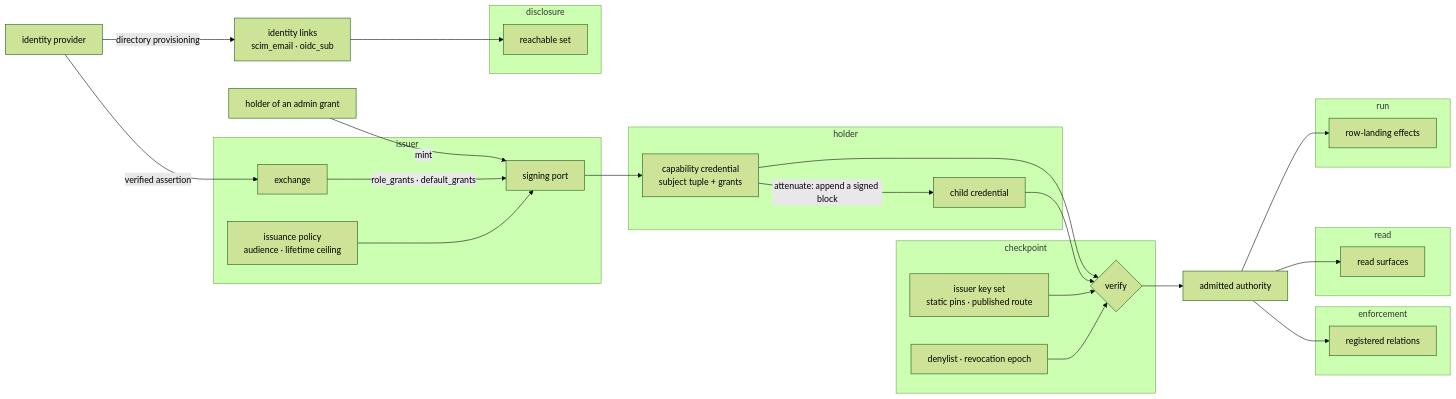
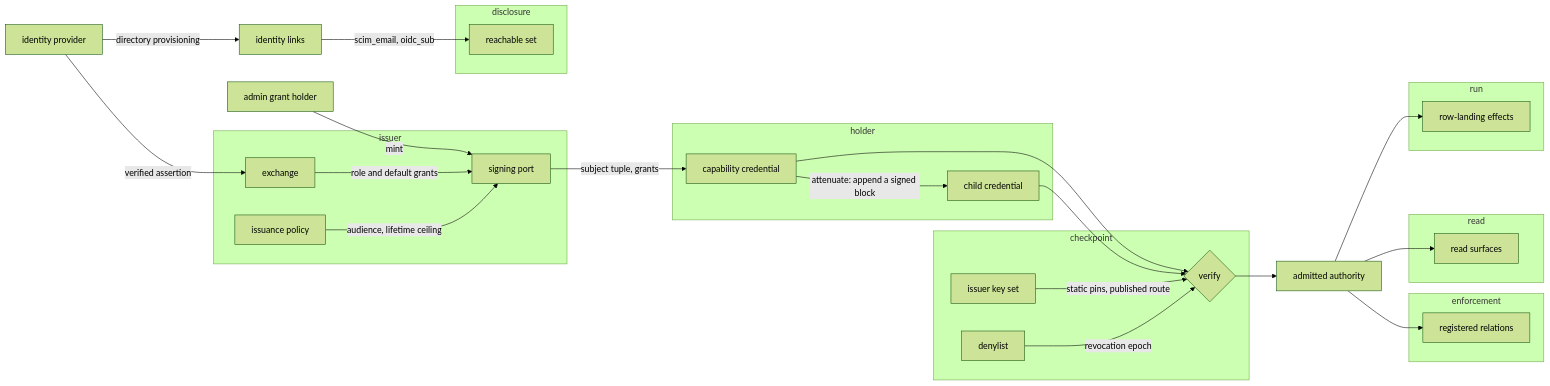
Before and after one commit to fractalboxdev/contextful: the first of 5 diagrams in spec/50-authority.md, drawn with Mermaid (forest theme). The commit also changed other lines of this file and 24 other files, not shown here.

First line of the commit message:
spec: every flowchart draws one entity or process per node

````diff
--- a/spec/50-authority.md
+++ b/spec/50-authority.md
@@ -23,49 +23,49 @@
 ```mermaid
 flowchart LR
   IDP["identity provider"]
-  ADMIN["holder of an admin grant"]
-  LINK["identity links<br/>scim_email · oidc_sub"]
+  ADMIN["admin grant holder"]
+  LINK["identity links"]
   subgraph ISS["issuer"]
     EXCH["exchange"]
-    POL["issuance policy<br/>audience · lifetime ceiling"]
+    POL["issuance policy"]
     PORT["signing port"]
   end
   subgraph HOLD["holder"]
-    CRED["capability credential<br/>subject tuple + grants"]
+    CRED["capability credential"]
     CHILD["child credential"]
   end
   subgraph CPZ["checkpoint"]
-    KEYS["issuer key set<br/>static pins · published route"]
-    REV["denylist · revocation epoch"]
+    KEYS["issuer key set"]
+    REV["denylist"]
     CP{"verify"}
   end
   AA["admitted authority"]
   subgraph ENF["enforcement"]
     RELS["registered relations"]
   end
   subgraph READ["read"]
     RS["read surfaces"]
   end
   subgraph RUN["run"]
     RLE["row-landing effects"]
   end
   subgraph DISC["disclosure"]
     REACH["reachable set"]
   end
   IDP -- "verified assertion" --> EXCH
   IDP -- "directory provisioning" --> LINK
-  LINK --> REACH
+  LINK -- "scim_email, oidc_sub" --> REACH
   ADMIN -- "mint" --> PORT
-  EXCH -- "role_grants · default_grants" --> PORT
-  POL --> PORT
-  PORT --> CRED
+  EXCH -- "role and default grants" --> PORT
+  POL -- "audience, lifetime ceiling" --> PORT
+  PORT -- "subject tuple, grants" --> CRED
   CRED -- "attenuate: append a signed block" --> CHILD
   CRED --> CP
   CHILD --> CP
-  KEYS --> CP
-  REV --> CP
+  KEYS -- "static pins, published route" --> CP
+  REV -- "revocation epoch" --> CP
   CP --> AA
   AA --> RELS
   AA --> RS
   AA --> RLE
 ```
````
